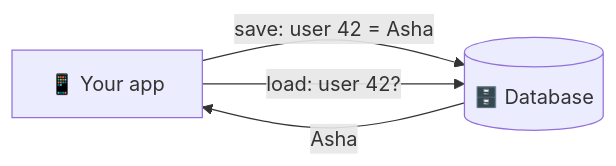
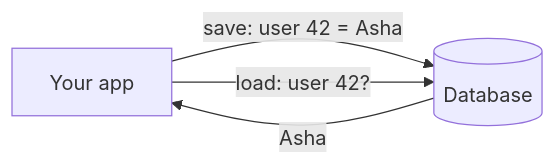
One commit to jamal474/slides changed the first of 53 diagrams in src/redis.md. Above: the diagram before and after it, drawn with Mermaid. The commit also changed other lines of this file, not shown here.

````diff
--- a/src/redis.md
+++ b/src/redis.md
@@ -60,6 +56,6 @@
 ```mermaid
 flowchart LR
-  App["📱 Your app"] -- "save: user 42 = Asha" --> DB[("🗄️ Database")]
+  App["Your app"] -- "save: user 42 = Asha" --> DB[("Database")]
   App -- "load: user 42?" --> DB
   DB -- "Asha" --> App
 ```
````
